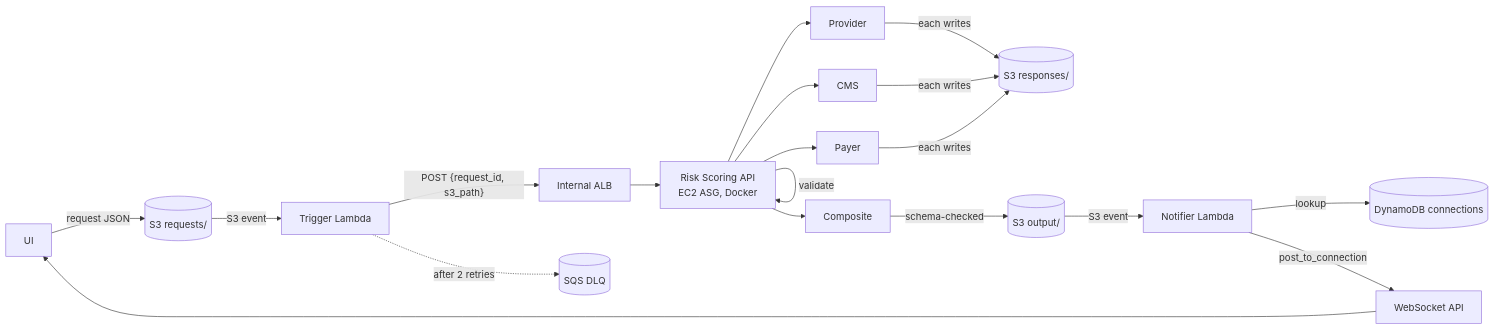
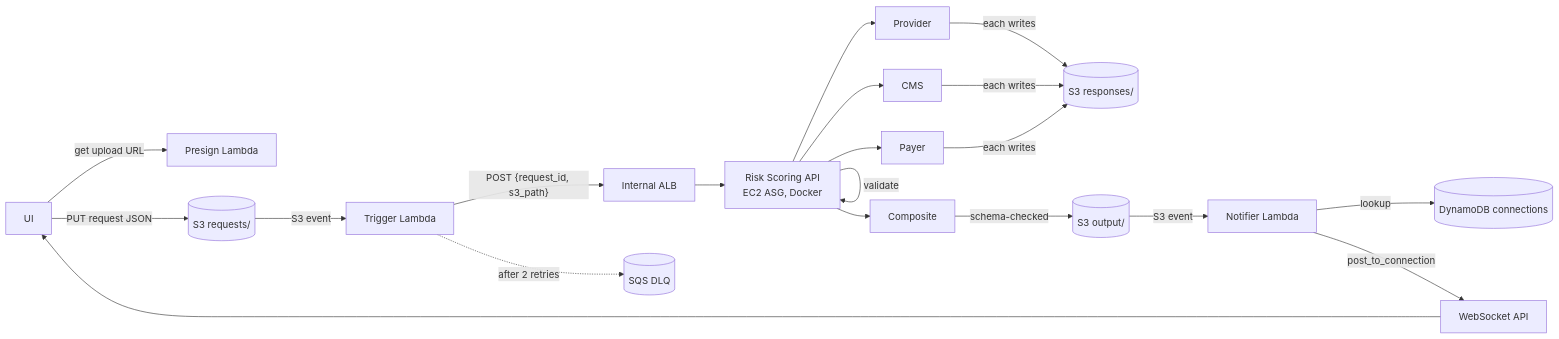
One commit to er-rahul-git/claim-risk-scoring-lab changed the diagram in HIGH_LEVEL_ARCHITECTURE.md. Above: the diagram before and after it, drawn with Mermaid. The commit also changed other lines of this file and 20 other files, not shown here.

Commit message:
Add web UI and local stack (presign, S3 events, WebSocket); presign Lambda + Function URL in Terraform

````diff
--- a/HIGH_LEVEL_ARCHITECTURE.md
+++ b/HIGH_LEVEL_ARCHITECTURE.md
@@ -3,17 +3,18 @@
 ```mermaid
 flowchart LR
-  UI[UI] -- request JSON --> REQ[(S3 requests/)]
+  UI[UI] -- get upload URL --> PS[Presign Lambda]
+  UI -- PUT request JSON --> REQ[(S3 requests/)]
   REQ -- S3 event --> TL[Trigger Lambda]
   TL -- "POST {request_id, s3_path}" --> ALB[Internal ALB]
   ALB --> API[Risk Scoring API<br/>EC2 ASG, Docker]
   TL -. after 2 retries .-> DLQ[(SQS DLQ)]
   API -- validate --> API
   API --> P[Provider] & C[CMS] & Y[Payer]
   P & C & Y -- each writes --> RESP[(S3 responses/)]
   API --> COMP[Composite]
   COMP -- schema-checked --> OUT[(S3 output/)]
   OUT -- S3 event --> N[Notifier Lambda]
   N -- lookup --> DDB[(DynamoDB connections)]
   N -- post_to_connection --> WS[WebSocket API]
   WS --> UI
 ```
````
